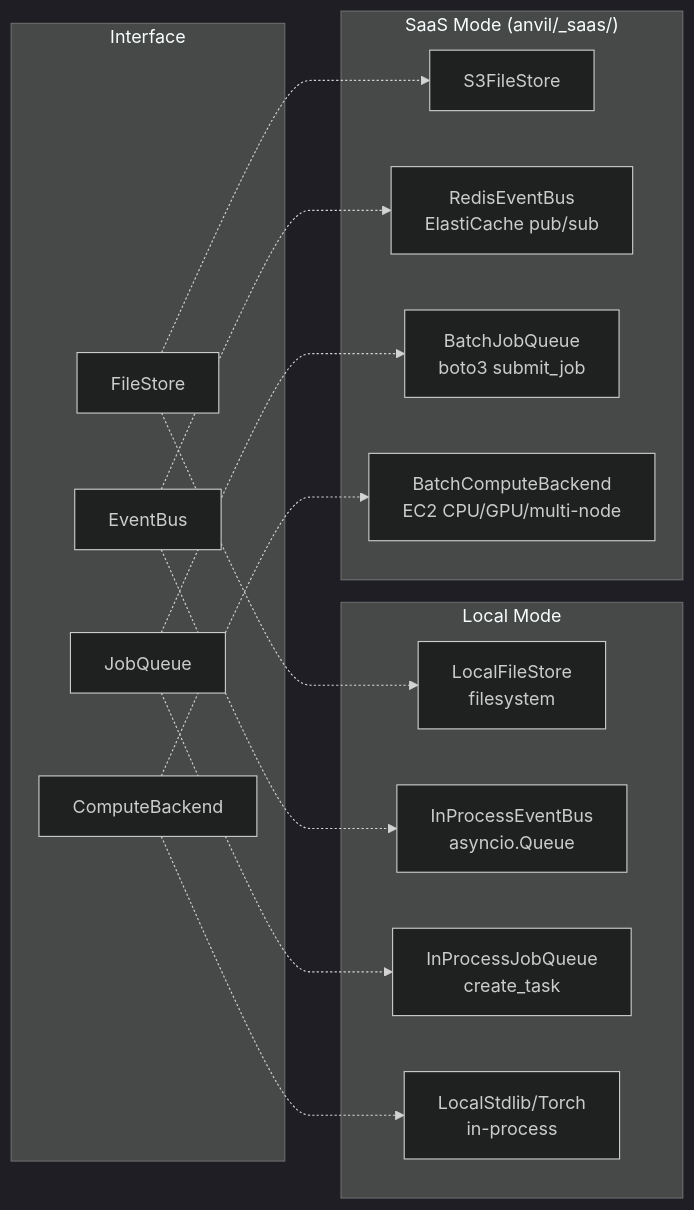
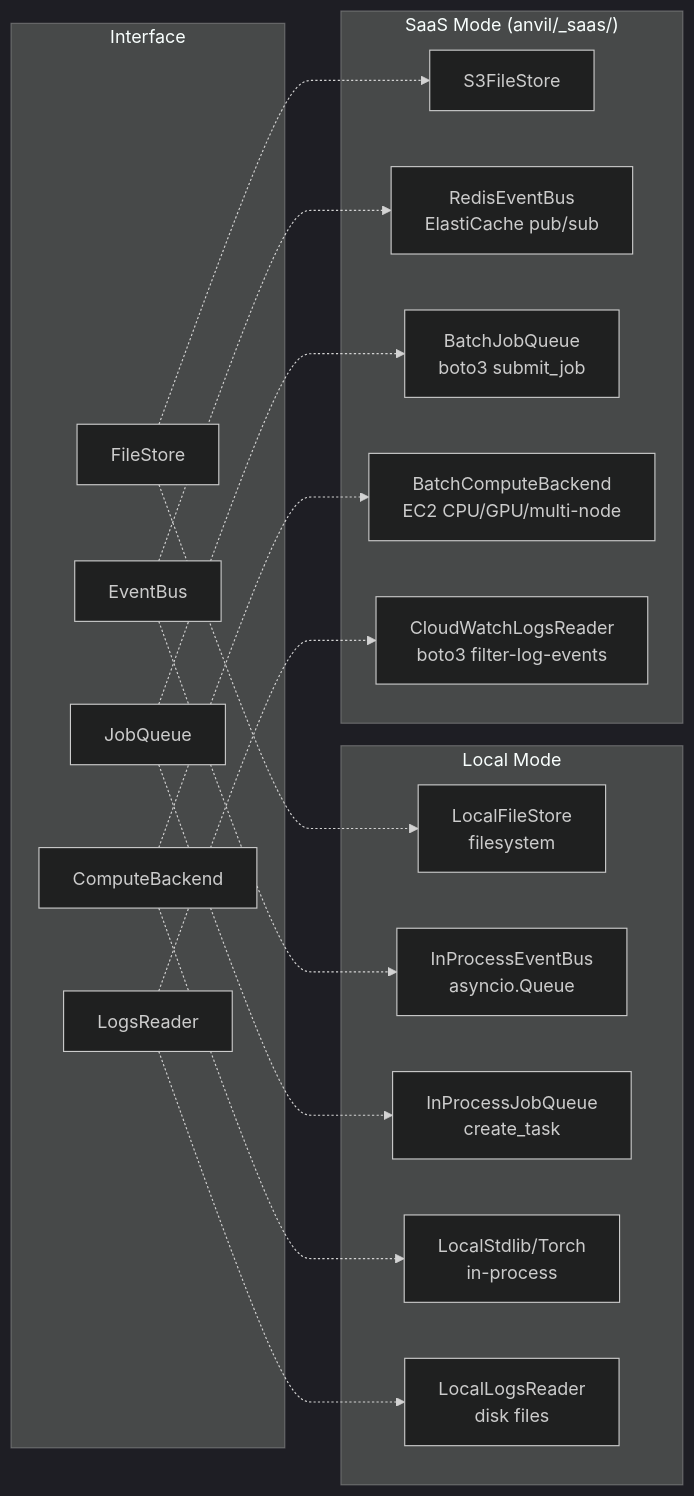
The second of 4 diagrams in specs/014-saas-architecture/plan.md (shapeandshare/anvil), drawn with Mermaid (dark theme) before and after one commit. The commit also changed other lines of this file and 2 other files, not shown here.

````diff
--- a/specs/014-saas-architecture/plan.md
+++ b/specs/014-saas-architecture/plan.md
@@ -62,28 +63,32 @@
 ```mermaid
 graph LR
     subgraph "Interface"
         I1[FileStore]
         I2[EventBus]
         I3[JobQueue]
         I4[ComputeBackend]
+        I5[LogsReader]
     end
 
     subgraph "Local Mode"
         L1[LocalFileStore<br/>filesystem]
         L2[InProcessEventBus<br/>asyncio.Queue]
         L3[InProcessJobQueue<br/>create_task]
         L4[LocalStdlib/Torch<br/>in-process]
+        L5[LocalLogsReader<br/>disk files]
     end
 
     subgraph "SaaS Mode (anvil/_saas/)"
         S1[S3FileStore]
         S2[RedisEventBus<br/>ElastiCache pub/sub]
         S3[BatchJobQueue<br/>boto3 submit_job]
         S4[BatchComputeBackend<br/>EC2 CPU/GPU/multi-node]
+        S5[CloudWatchLogsReader<br/>boto3 filter-log-events]
     end
 
     I1 -.-> L1 & S1
     I2 -.-> L2 & S2
     I3 -.-> L3 & S3
     I4 -.-> L4 & S4
+    I5 -.-> L5 & S5
 ```
````
